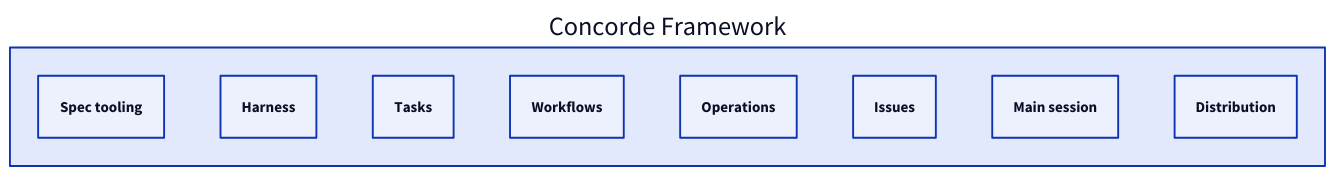
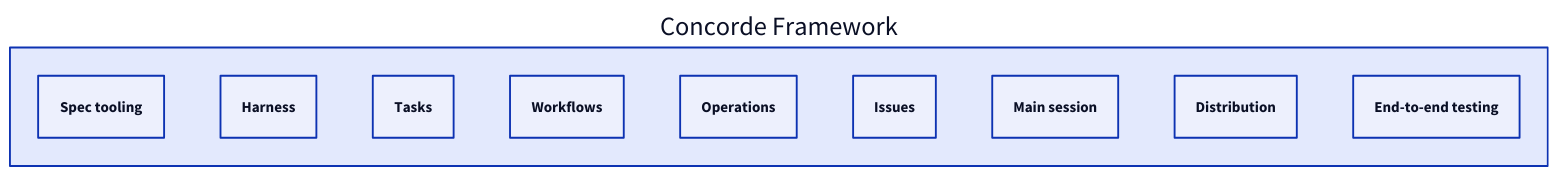
Before and after one commit to FTOD/concorde: the second of 2 diagrams in specs/concorde/module.md, drawn with D2. The commit also changed other lines of this file and 16 other files, not shown here.

````diff
--- a/specs/concorde/module.md
+++ b/specs/concorde/module.md
@@ -167,12 +167,13 @@
 ```d2
 root: Concorde Framework {
   spectooling: Spec tooling
   harness: Harness
   tasks: Tasks
   workflows: Workflows
   operations: Operations
   issues: Issues
   mainsession: Main session
   distribution: Distribution
+  e2e: End-to-end testing
 }
 ```
````
